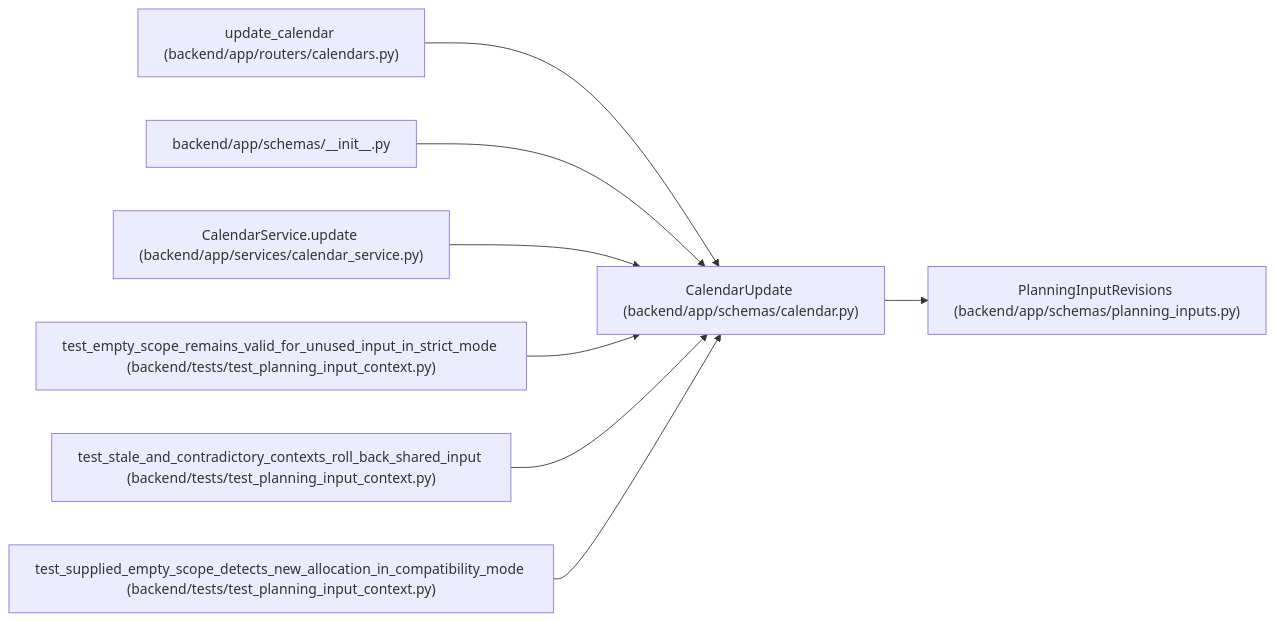
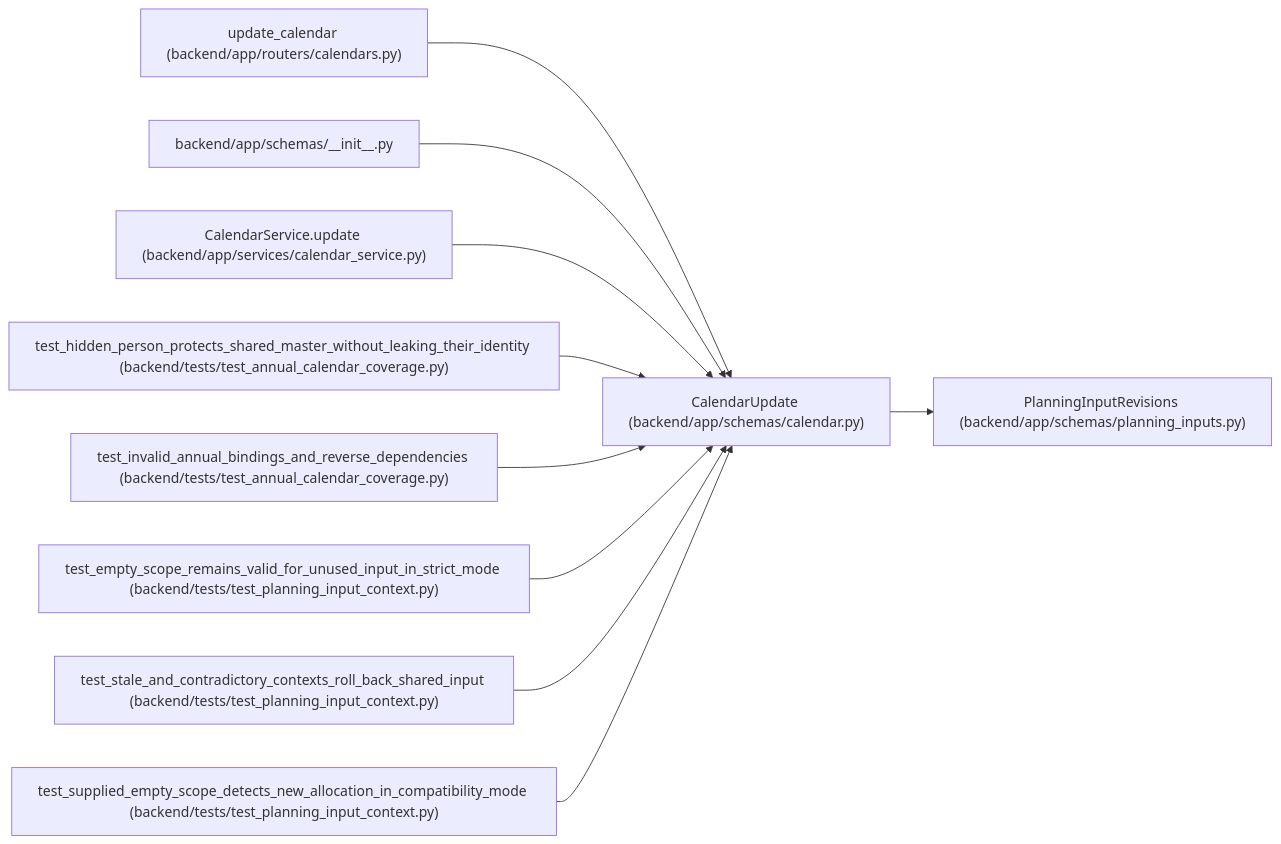
The diagram in docs/llm_wiki/entities/schemas_calendar_CalendarUpdate.md (Denissvgn/WorkChord), drawn with Mermaid before and after one commit. The commit also changed other lines of this file and 920 other files, not shown here.

````diff
--- a/docs/llm_wiki/entities/schemas_calendar_CalendarUpdate.md
+++ b/docs/llm_wiki/entities/schemas_calendar_CalendarUpdate.md
@@ -31,26 +31,32 @@
 ```mermaid
 flowchart LR
     n0["CalendarUpdate (backend/app/schemas/calendar.py)"]
     n1["PlanningInputRevisions (backend/app/schemas/planning_inputs.py)"]
     n2["update_calendar (backend/app/routers/calendars.py)"]
     n3["backend/app/schemas/__init__.py"]
     n4["CalendarService.update (backend/app/services/calendar_service.py)"]
-    n5["test_empty_scope_remains_valid_for_unused_input_in_strict_mode (backend/tests/test_planning_input_context.py)"]
-    n6["test_stale_and_contradictory_contexts_roll_back_shared_input (backend/tests/test_planning_input_context.py)"]
-    n7["test_supplied_empty_scope_detects_new_allocation_in_compatibility_mode (backend/tests/test_planning_input_context.py)"]
+    n5["test_hidden_person_protects_shared_master_without_leaking_their_identity (backend/tests/test_annual_calendar_coverage.py)"]
+    n6["test_invalid_annual_bindings_and_reverse_dependencies (backend/tests/test_annual_calendar_coverage.py)"]
+    n7["test_empty_scope_remains_valid_for_unused_input_in_strict_mode (backend/tests/test_planning_input_context.py)"]
+    n8["test_stale_and_contradictory_contexts_roll_back_shared_input (backend/tests/test_planning_input_context.py)"]
+    n9["test_supplied_empty_scope_detects_new_allocation_in_compatibility_mode (backend/tests/test_planning_input_context.py)"]
     n0 --> n1
     n2 --> n0
     n3 --> n0
     n4 --> n0
     n5 --> n0
     n6 --> n0
     n7 --> n0
+    n8 --> n0
+    n9 --> n0
     click n0 "../modules/schemas_calendar.md"
     click n1 "../modules/planning_inputs.md"
     click n2 "../modules/calendars.md"
     click n3 "../modules/schemas___init__.md"
     click n4 "../modules/calendar_service.md"
-    click n5 "../modules/test_planning_input_context.md"
-    click n6 "../modules/test_planning_input_context.md"
+    click n5 "../modules/test_annual_calendar_coverage.md"
+    click n6 "../modules/test_annual_calendar_coverage.md"
     click n7 "../modules/test_planning_input_context.md"
+    click n8 "../modules/test_planning_input_context.md"
+    click n9 "../modules/test_planning_input_context.md"
 ```
````
